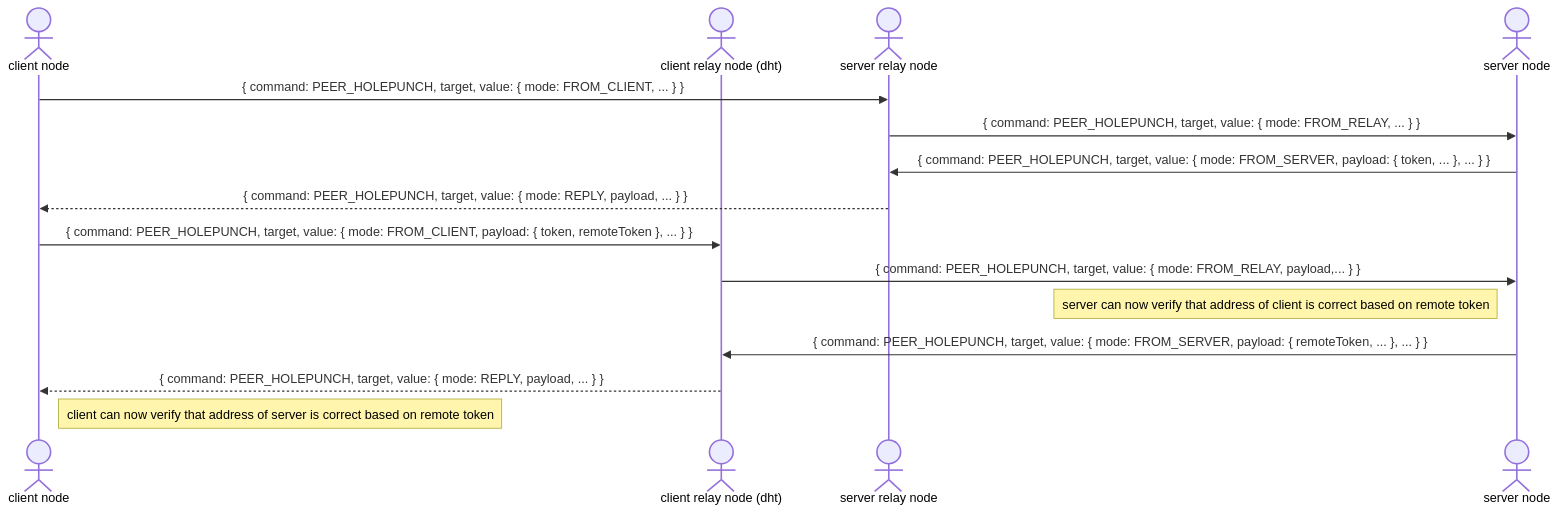
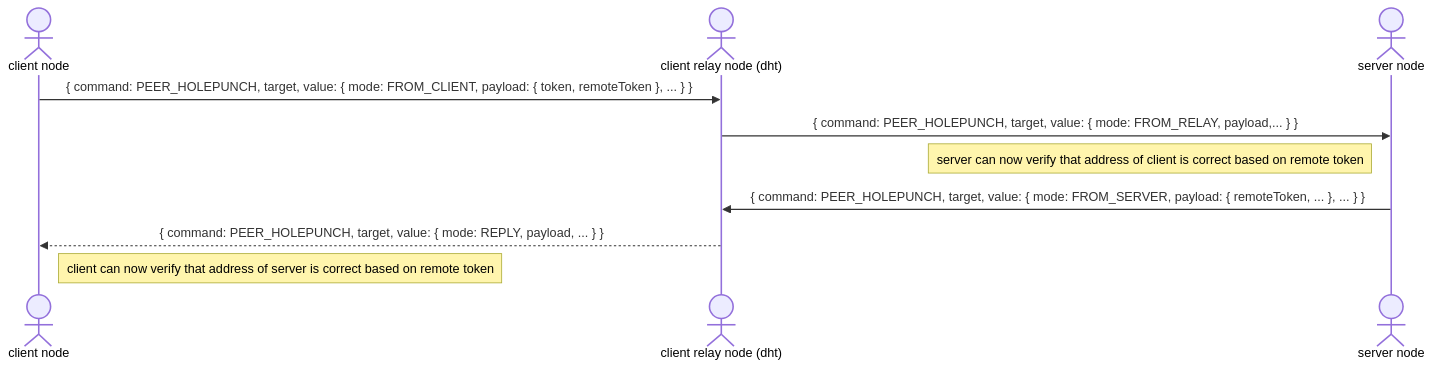
The second of 6 diagrams in docs/holepunch.md (AreaLayer/hyperdht), drawn with Mermaid before and after one commit. The commit also changed other lines of this file, not shown here.

Commit message:
Add holepunch proxy diagrams

````diff
--- a/docs/holepunch.md
+++ b/docs/holepunch.md
@@ -3,21 +15,16 @@
 ```mermaid
 sequenceDiagram
     actor c as client node
     actor cr as client relay node (dht)
-    actor sr as server relay node
     actor s as server node
 
-    c ->> sr: { command: PEER_HOLEPUNCH, target, value: { mode: FROM_CLIENT, ... } }
-    sr ->> s: { command: PEER_HOLEPUNCH, target, value: { mode: FROM_RELAY, ... } }
-    s ->> sr: { command: PEER_HOLEPUNCH, target, value: { mode: FROM_SERVER, payload: { token, ... }, ... } }
-    sr -->> c: { command: PEER_HOLEPUNCH, target, value: { mode: REPLY, payload, ... } }
     c ->> cr: { command: PEER_HOLEPUNCH, target, value: { mode: FROM_CLIENT, payload: { token, remoteToken }, ... } }
     cr ->> s: { command: PEER_HOLEPUNCH, target, value: { mode: FROM_RELAY, payload,... } }
 
     note left of s: server can now verify that address of client is correct based on remote token
 
     s ->> cr: { command: PEER_HOLEPUNCH, target, value: { mode: FROM_SERVER, payload: { remoteToken, ... }, ... } }
     cr -->> c: { command: PEER_HOLEPUNCH, target, value: { mode: REPLY, payload, ... } }
 
     note right of c: client can now verify that address of server is correct based on remote token
 ```
````
